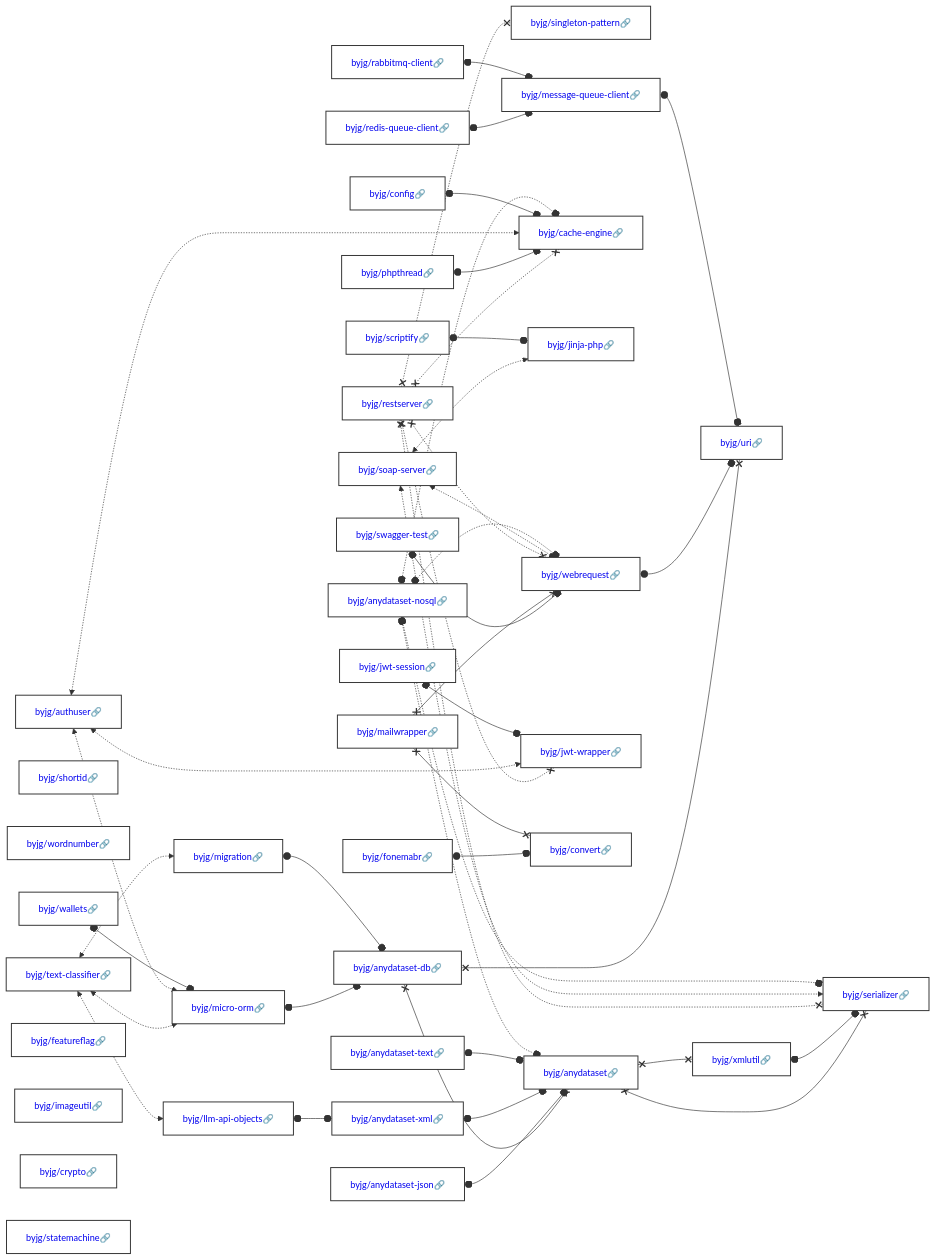
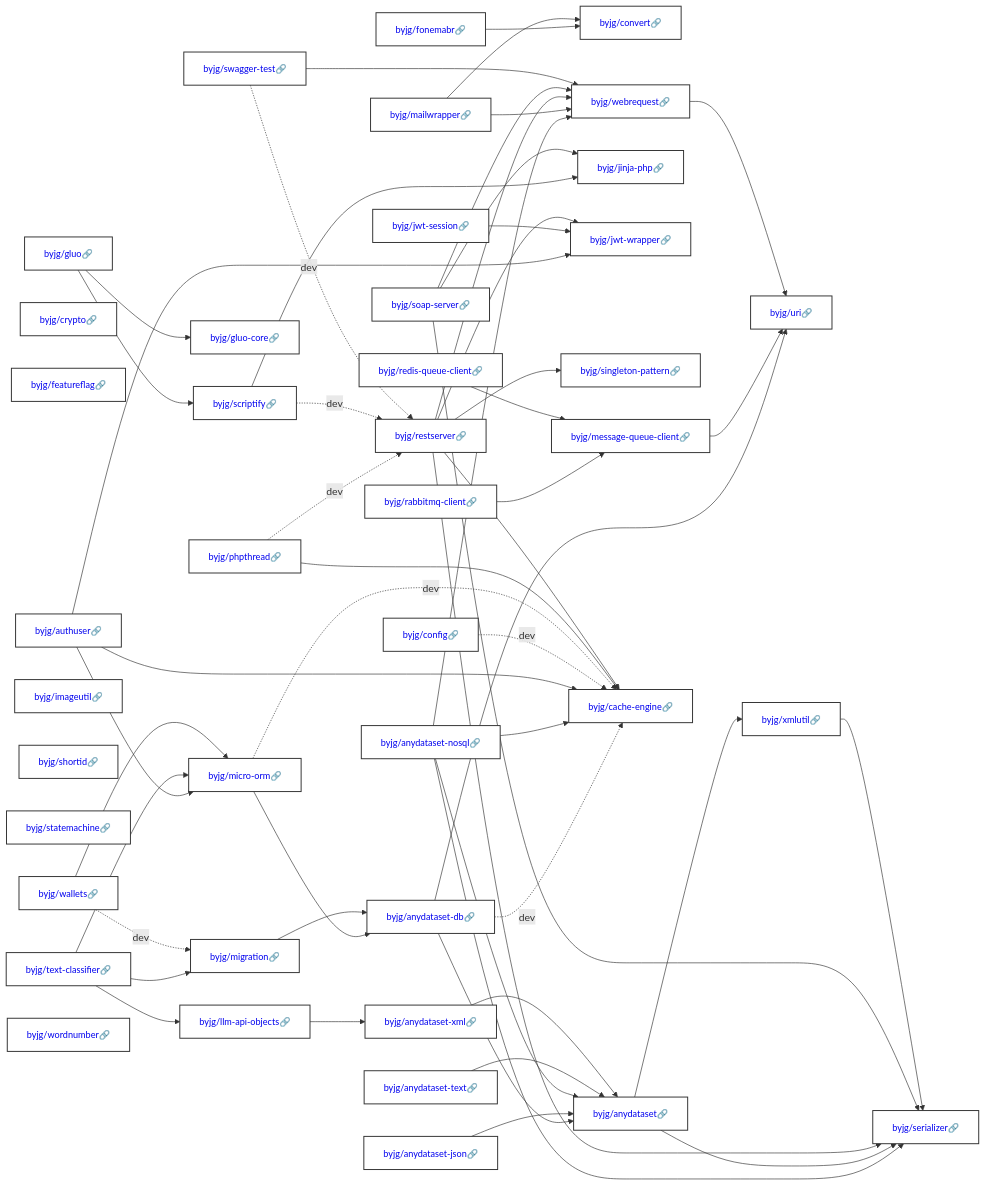
One commit to byjg/byjg.github.io changed the diagram in docs/php/README.md. Above: the diagram before and after it, drawn with Mermaid. The commit also changed other lines of this file and 43 other files, not shown here.

````diff
--- a/docs/php/README.md
+++ b/docs/php/README.md
@@ -3,90 +7,99 @@
 ```mermaid
 graph LR;
-  byjg/mailwrapper[<a href='https://opensource.byjg.com/docs/php/mailwrapper' style='text-decoration:none'>byjg/mailwrapper🔗</a>];
-  byjg/text-classifier[<a href='https://opensource.byjg.com/docs/php/text-classifier' style='text-decoration:none'>byjg/text-classifier🔗</a>];
-  byjg/shortid[<a href='https://opensource.byjg.com/docs/php/shortid' style='text-decoration:none'>byjg/shortid🔗</a>];
-  byjg/wordnumber[<a href='https://opensource.byjg.com/docs/php/wordnumber' style='text-decoration:none'>byjg/wordnumber🔗</a>];
-  byjg/restserver[<a href='https://opensource.byjg.com/docs/php/restserver' style='text-decoration:none'>byjg/restserver🔗</a>];
-  byjg/redis-queue-client[<a href='https://opensource.byjg.com/docs/php/redis-queue-client' style='text-decoration:none'>byjg/redis-queue-client🔗</a>];
-  byjg/authuser[<a href='https://opensource.byjg.com/docs/php/authuser' style='text-decoration:none'>byjg/authuser🔗</a>];
-  byjg/scriptify[<a href='https://opensource.byjg.com/docs/php/scriptify' style='text-decoration:none'>byjg/scriptify🔗</a>];
-  byjg/wallets[<a href='https://opensource.byjg.com/docs/php/wallets' style='text-decoration:none'>byjg/wallets🔗</a>];
-  byjg/swagger-test[<a href='https://opensource.byjg.com/docs/php/swagger-test' style='text-decoration:none'>byjg/swagger-test🔗</a>];
   byjg/anydataset-json[<a href='https://opensource.byjg.com/docs/php/anydataset-json' style='text-decoration:none'>byjg/anydataset-json🔗</a>];
-  byjg/featureflag[<a href='https://opensource.byjg.com/docs/php/featureflag' style='text-decoration:none'>byjg/featureflag🔗</a>];
-  byjg/config[<a href='https://opensource.byjg.com/docs/php/config' style='text-decoration:none'>byjg/config🔗</a>];
   byjg/anydataset-nosql[<a href='https://opensource.byjg.com/docs/php/anydataset-nosql' style='text-decoration:none'>byjg/anydataset-nosql🔗</a>];
   byjg/anydataset-text[<a href='https://opensource.byjg.com/docs/php/anydataset-text' style='text-decoration:none'>byjg/anydataset-text🔗</a>];
-  byjg/rabbitmq-client[<a href='https://opensource.byjg.com/docs/php/rabbitmq-client' style='text-decoration:none'>byjg/rabbitmq-client🔗</a>];
-  byjg/phpthread[<a href='https://opensource.byjg.com/docs/php/phpthread' style='text-decoration:none'>byjg/phpthread🔗</a>];
-  byjg/soap-server[<a href='https://opensource.byjg.com/docs/php/soap-server' style='text-decoration:none'>byjg/soap-server🔗</a>];
+  byjg/authuser[<a href='https://opensource.byjg.com/docs/php/authuser' style='text-decoration:none'>byjg/authuser🔗</a>];
+  byjg/config[<a href='https://opensource.byjg.com/docs/php/config' style='text-decoration:none'>byjg/config🔗</a>];
+  byjg/crypto[<a href='https://opensource.byjg.com/docs/php/crypto' style='text-decoration:none'>byjg/crypto🔗</a>];
+  byjg/featureflag[<a href='https://opensource.byjg.com/docs/php/featureflag' style='text-decoration:none'>byjg/featureflag🔗</a>];
+  byjg/fonemabr[<a href='https://opensource.byjg.com/docs/php/fonemabr' style='text-decoration:none'>byjg/fonemabr🔗</a>];
+  byjg/gluo[<a href='https://opensource.byjg.com/docs/php/gluo' style='text-decoration:none'>byjg/gluo🔗</a>];
   byjg/imageutil[<a href='https://opensource.byjg.com/docs/php/imageutil' style='text-decoration:none'>byjg/imageutil🔗</a>];
   byjg/jwt-session[<a href='https://opensource.byjg.com/docs/php/jwt-session' style='text-decoration:none'>byjg/jwt-session🔗</a>];
-  byjg/crypto[<a href='https://opensource.byjg.com/docs/php/crypto' style='text-decoration:none'>byjg/crypto🔗</a>];
+  byjg/mailwrapper[<a href='https://opensource.byjg.com/docs/php/mailwrapper' style='text-decoration:none'>byjg/mailwrapper🔗</a>];
+  byjg/phpthread[<a href='https://opensource.byjg.com/docs/php/phpthread' style='text-decoration:none'>byjg/phpthread🔗</a>];
+  byjg/rabbitmq-client[<a href='https://opensource.byjg.com/docs/php/rabbitmq-client' style='text-decoration:none'>byjg/rabbitmq-client🔗</a>];
+  byjg/redis-queue-client[<a href='https://opensource.byjg.com/docs/php/redis-queue-client' style='text-decoration:none'>byjg/redis-queue-client🔗</a>];
+  byjg/shortid[<a href='https://opensource.byjg.com/docs/php/shortid' style='text-decoration:none'>byjg/shortid🔗</a>];
+  byjg/soap-server[<a href='https://opensource.byjg.com/docs/php/soap-server' style='text-decoration:none'>byjg/soap-server🔗</a>];
   byjg/statemachine[<a href='https://opensource.byjg.com/docs/php/statemachine' style='text-decoration:none'>byjg/statemachine🔗</a>];
-  byjg/fonemabr[<a href='https://opensource.byjg.com/docs/php/fonemabr' style='text-decoration:none'>byjg/fonemabr🔗</a>];
+  byjg/swagger-test[<a href='https://opensource.byjg.com/docs/php/swagger-test' style='text-decoration:none'>byjg/swagger-test🔗</a>];
+  byjg/text-classifier[<a href='https://opensource.byjg.com/docs/php/text-classifier' style='text-decoration:none'>byjg/text-classifier🔗</a>];
+  byjg/wallets[<a href='https://opensource.byjg.com/docs/php/wallets' style='text-decoration:none'>byjg/wallets🔗</a>];
+  byjg/wordnumber[<a href='https://opensource.byjg.com/docs/php/wordnumber' style='text-decoration:none'>byjg/wordnumber🔗</a>];
+  byjg/gluo-core[<a href='https://opensource.byjg.com/docs/php/gluo-core' style='text-decoration:none'>byjg/gluo-core🔗</a>];
+  byjg/scriptify[<a href='https://opensource.byjg.com/docs/php/scriptify' style='text-decoration:none'>byjg/scriptify🔗</a>];
+  byjg/convert[<a href='https://opensource.byjg.com/docs/php/convert' style='text-decoration:none'>byjg/convert🔗</a>];
+  byjg/message-queue-client[<a href='https://opensource.byjg.com/docs/php/message-queue-client' style='text-decoration:none'>byjg/message-queue-client🔗</a>];
+  byjg/llm-api-objects[<a href='https://opensource.byjg.com/docs/php/llm-api-objects' style='text-decoration:none'>byjg/llm-api-objects🔗</a>];
+  byjg/micro-orm[<a href='https://opensource.byjg.com/docs/php/micro-orm' style='text-decoration:none'>byjg/micro-orm🔗</a>];
   byjg/migration[<a href='https://opensource.byjg.com/docs/php/migration' style='text-decoration:none'>byjg/migration🔗</a>];
-  byjg/llm-api-objects[<a href='https://opensource.byjg.com/docs/php/llm-api-objects' style='text-decoration:none'>byjg/llm-api-objects🔗</a>];
-  byjg/singleton-pattern[<a href='https://opensource.byjg.com/docs/php/singleton-pattern' style='text-decoration:none'>byjg/singleton-pattern🔗</a>];
-  byjg/micro-orm[<a href='https://opensource.byjg.com/docs/php/micro-orm' style='text-decoration:none'>byjg/micro-orm🔗</a>];
-  byjg/message-queue-client[<a href='https://opensource.byjg.com/docs/php/message-queue-client' style='text-decoration:none'>byjg/message-queue-client🔗</a>];
-  byjg/cache-engine[<a href='https://opensource.byjg.com/docs/php/cache-engine' style='text-decoration:none'>byjg/cache-engine🔗</a>];
   byjg/jinja-php[<a href='https://opensource.byjg.com/docs/php/jinja-php' style='text-decoration:none'>byjg/jinja-php🔗</a>];
-  byjg/webrequest[<a href='https://opensource.byjg.com/docs/php/webrequest' style='text-decoration:none'>byjg/webrequest🔗</a>];
-  byjg/jwt-wrapper[<a href='https://opensource.byjg.com/docs/php/jwt-wrapper' style='text-decoration:none'>byjg/jwt-wrapper🔗</a>];
-  byjg/convert[<a href='https://opensource.byjg.com/docs/php/convert' style='text-decoration:none'>byjg/convert🔗</a>];
+  byjg/restserver[<a href='https://opensource.byjg.com/docs/php/restserver' style='text-decoration:none'>byjg/restserver🔗</a>];
   byjg/anydataset-xml[<a href='https://opensource.byjg.com/docs/php/anydataset-xml' style='text-decoration:none'>byjg/anydataset-xml🔗</a>];
   byjg/anydataset-db[<a href='https://opensource.byjg.com/docs/php/anydataset-db' style='text-decoration:none'>byjg/anydataset-db🔗</a>];
+  byjg/jwt-wrapper[<a href='https://opensource.byjg.com/docs/php/jwt-wrapper' style='text-decoration:none'>byjg/jwt-wrapper🔗</a>];
+  byjg/singleton-pattern[<a href='https://opensource.byjg.com/docs/php/singleton-pattern' style='text-decoration:none'>byjg/singleton-pattern🔗</a>];
+  byjg/webrequest[<a href='https://opensource.byjg.com/docs/php/webrequest' style='text-decoration:none'>byjg/webrequest🔗</a>];
   byjg/anydataset[<a href='https://opensource.byjg.com/docs/php/anydataset' style='text-decoration:none'>byjg/anydataset🔗</a>];
+  byjg/cache-engine[<a href='https://opensource.byjg.com/docs/php/cache-engine' style='text-decoration:none'>byjg/cache-engine🔗</a>];
   byjg/uri[<a href='https://opensource.byjg.com/docs/php/uri' style='text-decoration:none'>byjg/uri🔗</a>];
   byjg/xmlutil[<a href='https://opensource.byjg.com/docs/php/xmlutil' style='text-decoration:none'>byjg/xmlutil🔗</a>];
   byjg/serializer[<a href='https://opensource.byjg.com/docs/php/serializer' style='text-decoration:none'>byjg/serializer🔗</a>];
-  byjg/micro-orm o--o byjg/anydataset-db;
-  byjg/anydataset-db x--x byjg/anydataset;
-  byjg/anydataset-db x--x byjg/uri;
-  byjg/fonemabr o--o byjg/convert;
-  byjg/anydataset-json o--o byjg/anydataset;
-  byjg/anydataset x--x byjg/serializer;
-  byjg/anydataset x--x byjg/xmlutil;
-  byjg/text-classifier <-.-> byjg/micro-orm;
-  byjg/text-classifier <-.-> byjg/migration;
-  byjg/text-classifier <-.-> byjg/llm-api-objects;
-  byjg/webrequest o--o byjg/uri;
-  byjg/anydataset-xml o--o byjg/anydataset;
-  byjg/anydataset-text o--o byjg/anydataset;
-  byjg/xmlutil o--o byjg/serializer;
-  byjg/swagger-test o--o byjg/webrequest;
-  byjg/mailwrapper x--x byjg/convert;
-  byjg/mailwrapper x--x byjg/webrequest;
-  byjg/restserver x-.-x byjg/serializer;
-  byjg/restserver x-.-x byjg/singleton-pattern;
-  byjg/restserver x-.-x byjg/cache-engine;
-  byjg/restserver x-.-x byjg/webrequest;
-  byjg/restserver x-.-x byjg/jwt-wrapper;
-  byjg/soap-server <-.-> byjg/jinja-php;
-  byjg/soap-server <-.-> byjg/webrequest;
-  byjg/soap-server <-.-> byjg/serializer;
-  byjg/phpthread o--o byjg/cache-engine;
-  byjg/redis-queue-client o--o byjg/message-queue-client;
-  byjg/scriptify o--o byjg/jinja-php;
-  byjg/migration o--o byjg/anydataset-db;
-  byjg/authuser <-.-> byjg/micro-orm;
-  byjg/authuser <-.-> byjg/cache-engine;
-  byjg/authuser <-.-> byjg/jwt-wrapper;
-  byjg/config o--o byjg/cache-engine;
-  byjg/llm-api-objects o--o byjg/anydataset-xml;
-  byjg/wallets o--o byjg/micro-orm;
-  byjg/rabbitmq-client o--o byjg/message-queue-client;
-  byjg/jwt-session o--o byjg/jwt-wrapper;
-  byjg/message-queue-client o--o byjg/uri;
-  byjg/anydataset-nosql o-.-o byjg/anydataset;
-  byjg/anydataset-nosql o-.-o byjg/serializer;
-  byjg/anydataset-nosql o-.-o byjg/webrequest;
-  byjg/anydataset-nosql o-.-o byjg/cache-engine;
+  byjg/anydataset-db --> byjg/anydataset;
+  byjg/anydataset-db --> byjg/uri;
+  byjg/anydataset-db -.->|dev| byjg/cache-engine;
+  byjg/anydataset-json --> byjg/anydataset;
+  byjg/anydataset-nosql --> byjg/anydataset;
+  byjg/anydataset-nosql --> byjg/cache-engine;
+  byjg/anydataset-nosql --> byjg/serializer;
+  byjg/anydataset-nosql --> byjg/webrequest;
+  byjg/anydataset-text --> byjg/anydataset;
+  byjg/anydataset-xml --> byjg/anydataset;
+  byjg/anydataset --> byjg/serializer;
+  byjg/anydataset --> byjg/xmlutil;
+  byjg/authuser --> byjg/cache-engine;
+  byjg/authuser --> byjg/jwt-wrapper;
+  byjg/authuser --> byjg/micro-orm;
+  byjg/config -.->|dev| byjg/cache-engine;
+  byjg/fonemabr --> byjg/convert;
+  byjg/gluo --> byjg/gluo-core;
+  byjg/gluo --> byjg/scriptify;
+  byjg/jwt-session --> byjg/jwt-wrapper;
+  byjg/llm-api-objects --> byjg/anydataset-xml;
+  byjg/mailwrapper --> byjg/convert;
+  byjg/mailwrapper --> byjg/webrequest;
+  byjg/message-queue-client --> byjg/uri;
+  byjg/micro-orm --> byjg/anydataset-db;
+  byjg/micro-orm -.->|dev| byjg/cache-engine;
+  byjg/migration --> byjg/anydataset-db;
+  byjg/phpthread --> byjg/cache-engine;
+  byjg/phpthread -.->|dev| byjg/restserver;
+  byjg/rabbitmq-client --> byjg/message-queue-client;
+  byjg/redis-queue-client --> byjg/message-queue-client;
+  byjg/restserver --> byjg/cache-engine;
+  byjg/restserver --> byjg/jwt-wrapper;
+  byjg/restserver --> byjg/serializer;
+  byjg/restserver --> byjg/singleton-pattern;
+  byjg/restserver --> byjg/webrequest;
+  byjg/scriptify --> byjg/jinja-php;
+  byjg/scriptify -.->|dev| byjg/restserver;
+  byjg/soap-server --> byjg/jinja-php;
+  byjg/soap-server --> byjg/serializer;
+  byjg/soap-server --> byjg/webrequest;
+  byjg/swagger-test --> byjg/webrequest;
+  byjg/swagger-test -.->|dev| byjg/restserver;
+  byjg/text-classifier --> byjg/llm-api-objects;
+  byjg/text-classifier --> byjg/micro-orm;
+  byjg/text-classifier --> byjg/migration;
+  byjg/wallets --> byjg/micro-orm;
+  byjg/wallets -.->|dev| byjg/migration;
+  byjg/webrequest --> byjg/uri;
+  byjg/xmlutil --> byjg/serializer;
   classDef default fill:#ffffff,stroke:#333,stroke-width:1.5px,color:#000,font-size:14px;
   classDef highlight fill:#ffef96,stroke:#ff9900,stroke-width:3px;
   classDef deprecated fill:#f8f8f8,stroke:#cccccc,stroke-dasharray: 5 5,stroke-width:1px,color:#999;
   classDef working-on fill:#fff3cd,stroke:#ffcc00,stroke-width:2px,color:#856404;
   classDef finished fill:#d4edda,stroke:#28a745,stroke-width:2px,color:#155724;
-  class byjg/anydataset-array deprecated;
 ```
````
